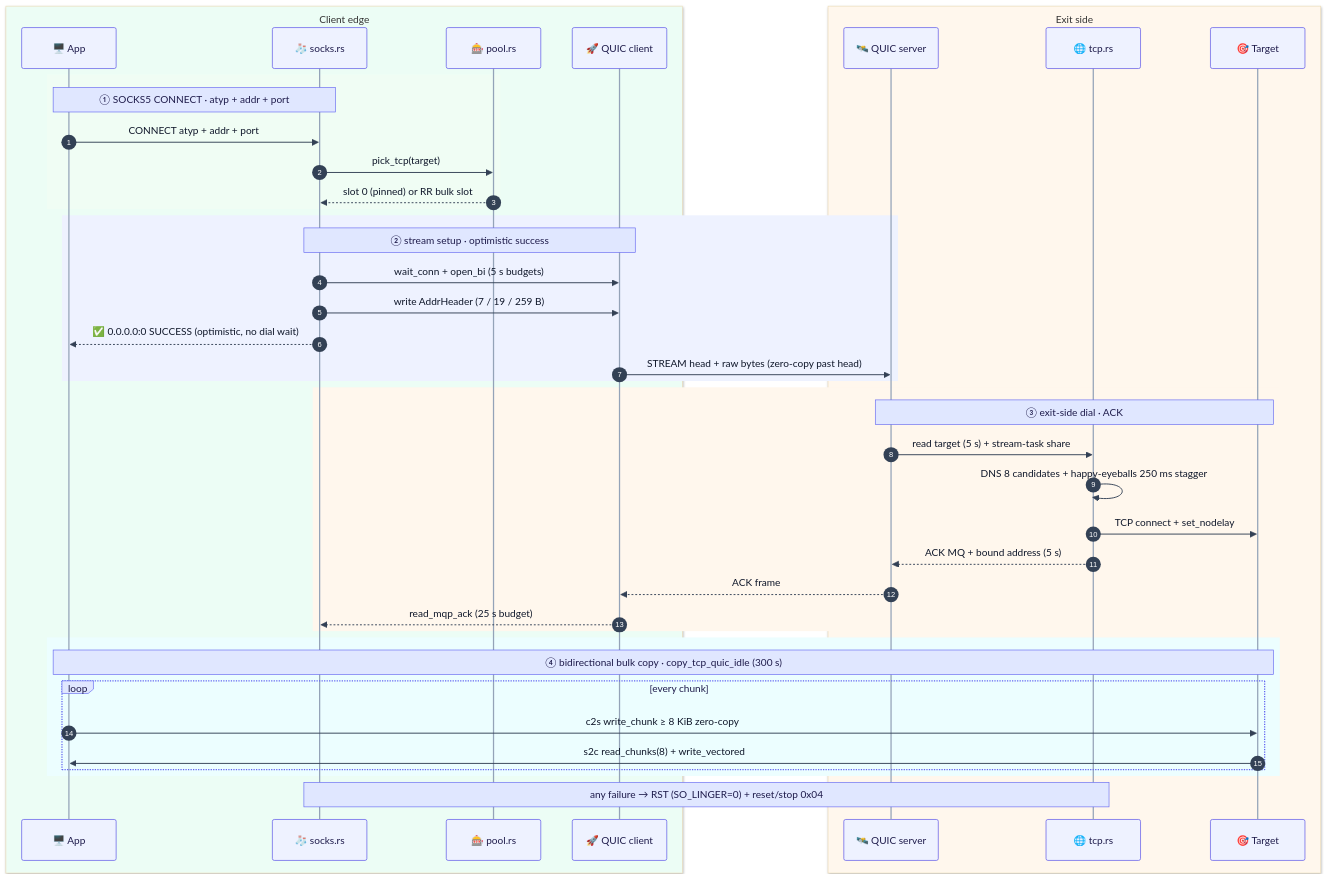
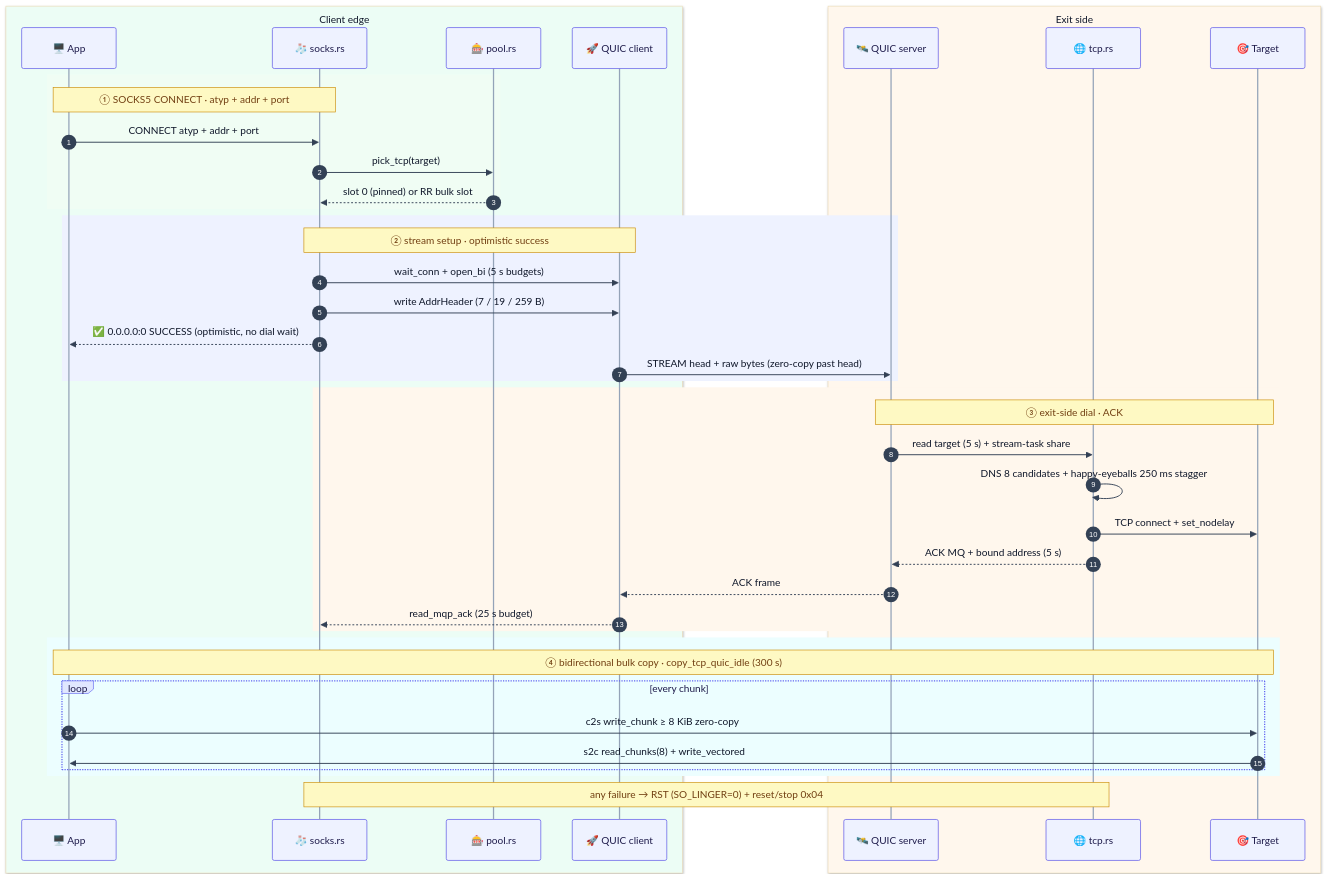
Before and after one commit to Terutoki/MyQUIC2: diagram 12 of 31 in README.md, drawn with Mermaid. The commit also changed other lines of this file and 14 other files, not shown here.

First line of the commit message:
docs(readme): remove static art and redraw Mermaid atlas

````diff
--- a/README.md
+++ b/README.md
@@ -1337,46 +1355,48 @@
 ```mermaid
-%%{init: {"theme":"base","themeVariables":{"fontSize":"14px","actorBkg":"#eef2ff","actorBorder":"#4f46e5","actorTextColor":"#1e1b4b","actorLineColor":"#94a3b8","signalColor":"#334155","signalTextColor":"#0f172a","labelBoxBkgColor":"#e0e7ff","labelBoxBorderColor":"#6366f1","labelTextColor":"#1e1b4b","loopTextColor":"#1e1b4b","noteBkgColor":"#e0e7ff","noteBorderColor":"#6366f1","noteTextColor":"#1e1b4b","activationBkgColor":"#c7d2fe","activationBorderColor":"#4f46e5","sequenceNumberBackgroundColor":"#4f46e5","sequenceNumberColor":"#ffffff"}}}%%
+%%{init: {"theme":"base","themeVariables":{"fontSize":"14px","lineColor":"#94a3b8","textColor":"#0f172a","actorBkg":"#eef2ff","actorBorder":"#4f46e5","actorTextColor":"#1e1b4b","actorLineColor":"#94a3b8","signalColor":"#334155","signalTextColor":"#0f172a","labelBoxBkgColor":"#e0e7ff","labelBoxBorderColor":"#6366f1","labelTextColor":"#1e1b4b","loopTextColor":"#1e1b4b","noteBkgColor":"#fef9c3","noteBorderColor":"#ca8a04","noteTextColor":"#713f12","activationBkgColor":"#c7d2fe","activationBorderColor":"#4f46e5","sequenceNumberBackgroundColor":"#4f46e5","sequenceNumberColor":"#ffffff"}}}%%
 sequenceDiagram
+    accTitle: TCP echo path through SOCKS5
+    accDescr: SOCKS5 CONNECT is acknowledged optimistically, the exit dials the target, and the stream then carries a zero-copy bidirectional pump.
     autonumber
     box rgb(236, 253, 245) Client edge
         participant App as 🖥️ App
         participant Socks as 🧦 socks.rs
         participant Pool as 🎰 pool.rs
         participant QC as 🚀 QUIC client
     end
     box rgb(255, 247, 237) Exit side
         participant QS as 🛰️ QUIC server
         participant Dial as 🌐 tcp.rs
         participant Tgt as 🎯 Target
     end
     rect rgb(240, 253, 244)
         Note over App,Socks: ① SOCKS5 CONNECT · atyp + addr + port
         App->>Socks: CONNECT atyp + addr + port
         Socks->>Pool: pick_tcp(target)
         Pool-->>Socks: slot 0 (pinned) or RR bulk slot
     end
     rect rgb(238, 242, 255)
         Note over Socks,QC: ② stream setup · optimistic success
         Socks->>QC: wait_conn + open_bi (5 s budgets)
         Socks->>QC: write AddrHeader (7 / 19 / 259 B)
         Socks-->>App: ✅ 0.0.0.0:0 SUCCESS (optimistic, no dial wait)
         QC->>QS: STREAM head + raw bytes (zero-copy past head)
     end
     rect rgb(255, 247, 237)
         Note over QS,Tgt: ③ exit-side dial · ACK
         QS->>Dial: read target (5 s) + stream-task share
         Dial->>Dial: DNS 8 candidates + happy-eyeballs 250 ms stagger
         Dial->>Tgt: TCP connect + set_nodelay
         Dial-->>QS: ACK MQ + bound address (5 s)
         QS-->>QC: ACK frame
         QC-->>Socks: read_mqp_ack (25 s budget)
     end
     rect rgb(236, 254, 255)
         Note over App,Tgt: ④ bidirectional bulk copy · copy_tcp_quic_idle (300 s)
         loop every chunk
             App->>Tgt: c2s write_chunk ≥ 8 KiB zero-copy
             Tgt->>App: s2c read_chunks(8) + write_vectored
         end
     end
     Note over Socks,Dial: any failure → RST (SO_LINGER=0) + reset/stop 0x04
 ```
````
